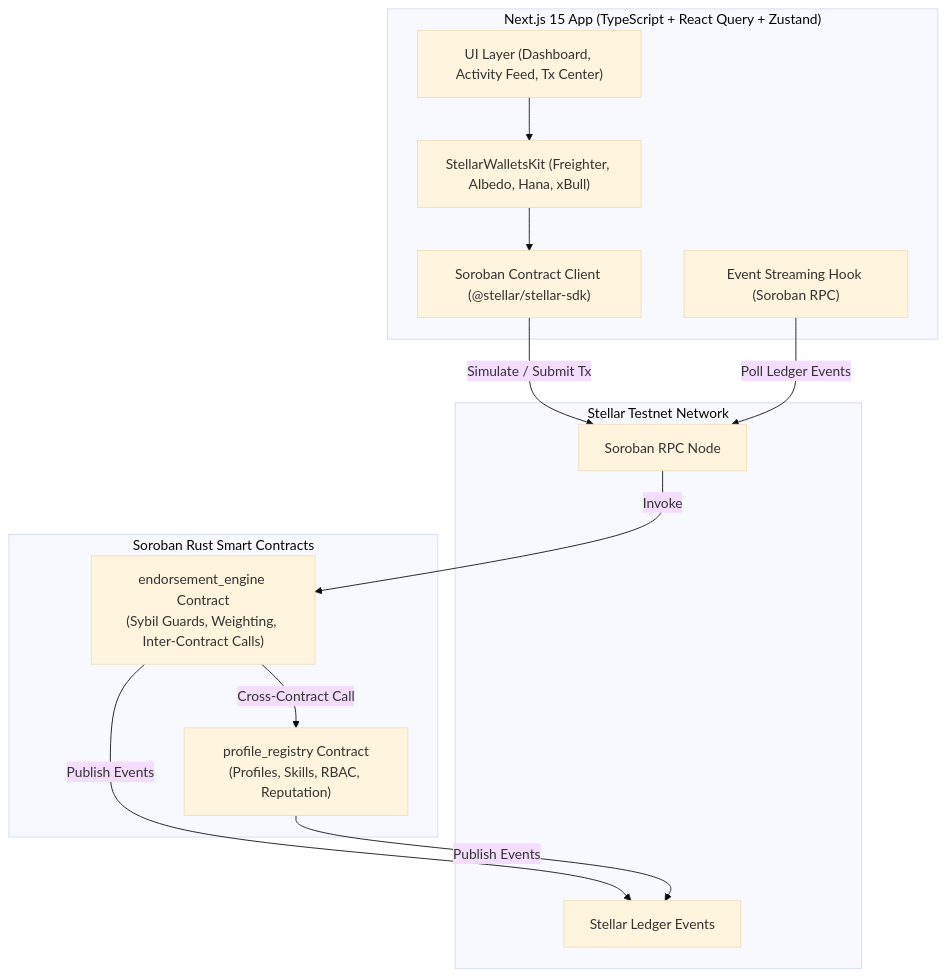
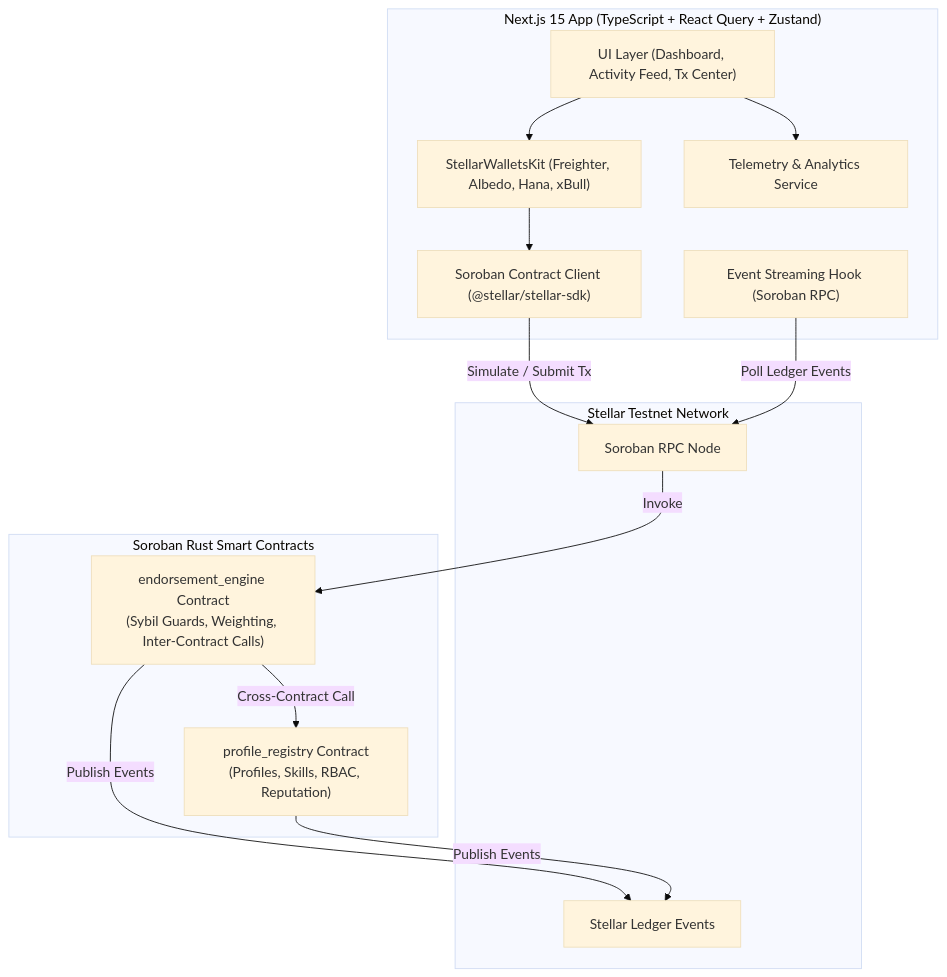
The first of 2 diagrams in README.md (ashishh-tech/Stellar-Skill-Endorsement-Network), drawn with Mermaid (base theme) before and after one commit. The commit also changed other lines of this file and 1 other file, not shown here.

Commit message:
feat(level5): add pitch deck, 50+ user proof, user feedback analysis, and roadmap

````diff
--- a/README.md
+++ b/README.md
@@ -35,28 +37,30 @@
 ```mermaid
 graph TD
     subgraph Frontend ["Next.js 15 App (TypeScript + React Query + Zustand)"]
         UI["UI Layer (Dashboard, Activity Feed, Tx Center)"]
         WK["StellarWalletsKit (Freighter, Albedo, Hana, xBull)"]
         CL["Soroban Contract Client (@stellar/stellar-sdk)"]
         ES["Event Streaming Hook (Soroban RPC)"]
+        MON["Telemetry & Analytics Service"]
     end
 
     subgraph Stellar ["Stellar Testnet Network"]
         RPC["Soroban RPC Node"]
         LEDGER["Stellar Ledger Events"]
     end
 
     subgraph Contracts ["Soroban Rust Smart Contracts"]
         PR["profile_registry Contract\n(Profiles, Skills, RBAC, Reputation)"]
         EE["endorsement_engine Contract\n(Sybil Guards, Weighting, Inter-Contract Calls)"]
     end
 
     UI --> WK
     WK --> CL
     CL -->|Simulate / Submit Tx| RPC
     RPC -->|Invoke| EE
     EE -->|Cross-Contract Call| PR
     EE -->|Publish Events| LEDGER
     PR -->|Publish Events| LEDGER
     ES -->|Poll Ledger Events| RPC
+    UI --> MON
 ```
````
